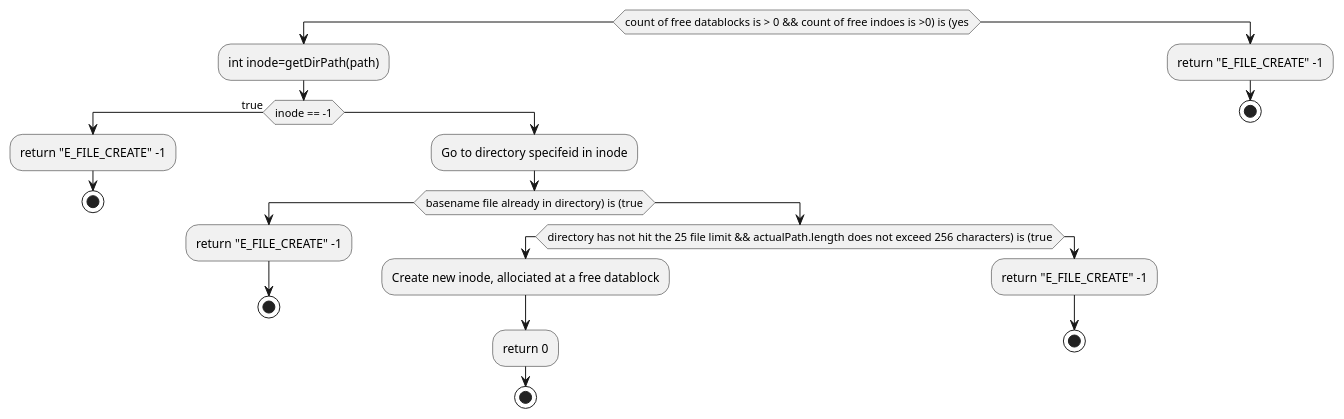
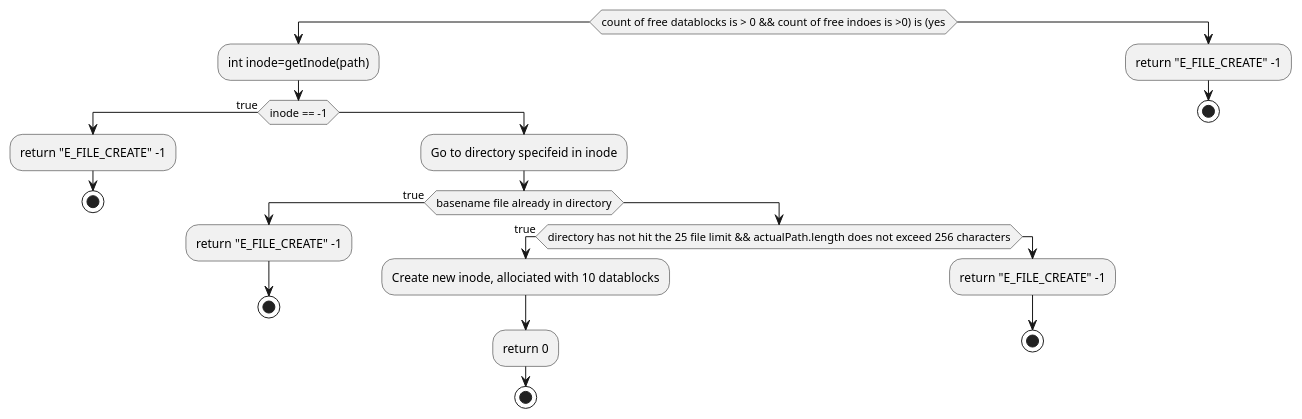
Before and after one commit to HawaiinPizza/CIS-450-final-project: the sixth of 21 diagrams in Plan.org, drawn with PlantUML. The commit also changed other lines of this file and 26 other files, not shown here.

```diff
--- a/Plan.org
+++ b/Plan.org
@@ -443,28 +378,28 @@
      #+BEGIN_SRC plantuml  :file Plant/FileCreate.png
 	if(count of free datablocks is > 0 && count of free indoes is >0) is (yes)
-		:int inode=getDirPath(path);
+		:int inode=getInode(path);
 		if(inode == -1) then (true)
 		    :return "E_FILE_CREATE" -1;
 				    stop
 		else
 			:Go to directory specifeid in inode;
-			if(basename file already in directory) is (true)
+			if(basename file already in directory) then (true)
 			    :return "E_FILE_CREATE" -1;
 				    stop
 			else
-				if(directory has not hit the 25 file limit && actualPath.length does not exceed 256 characters) is (true)
-				    :Create new inode, allociated at a free datablock;
+				if(directory has not hit the 25 file limit && actualPath.length does not exceed 256 characters) then (true)
+				    :Create new inode, allociated with 10 datablocks;
 				    :return 0;
 				    stop
 				else
 				    :return "E_FILE_CREATE" -1;
 				    stop
 				endif
 				
 			endif
 		endif
 	else
 		:return "E_FILE_CREATE" -1;
 				    stop
 	endif
      #+END_SRC
```
